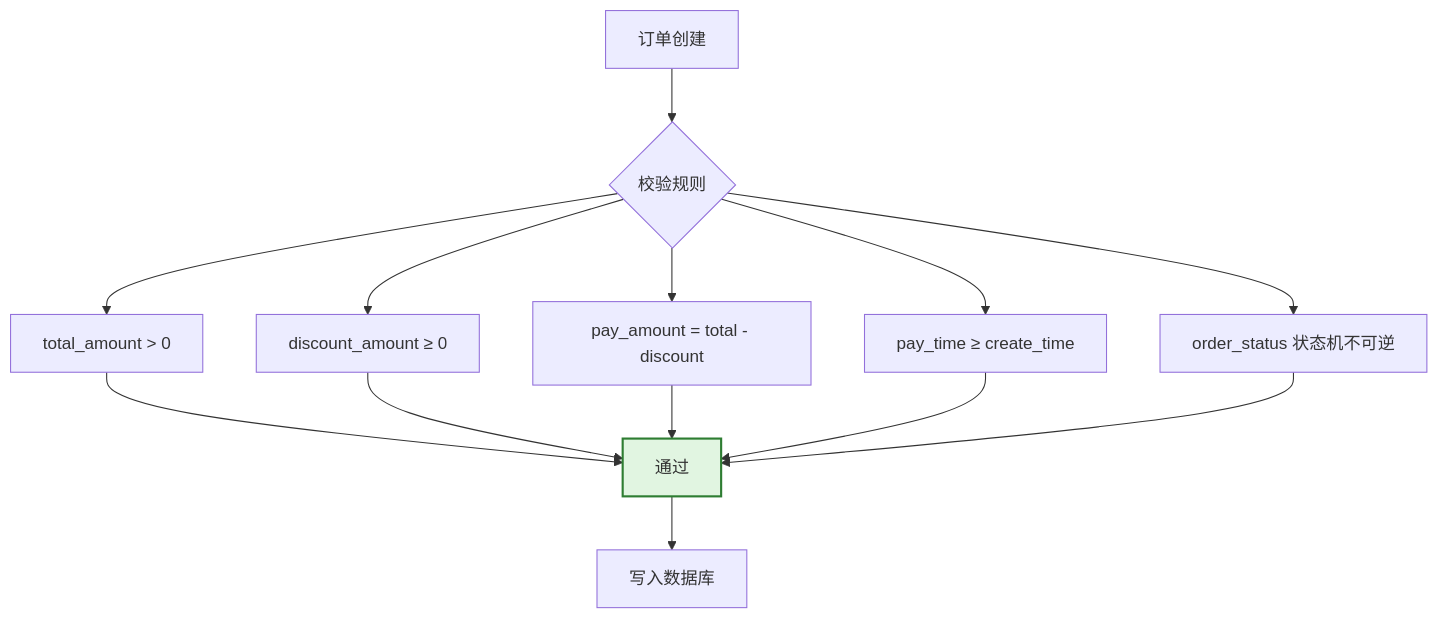
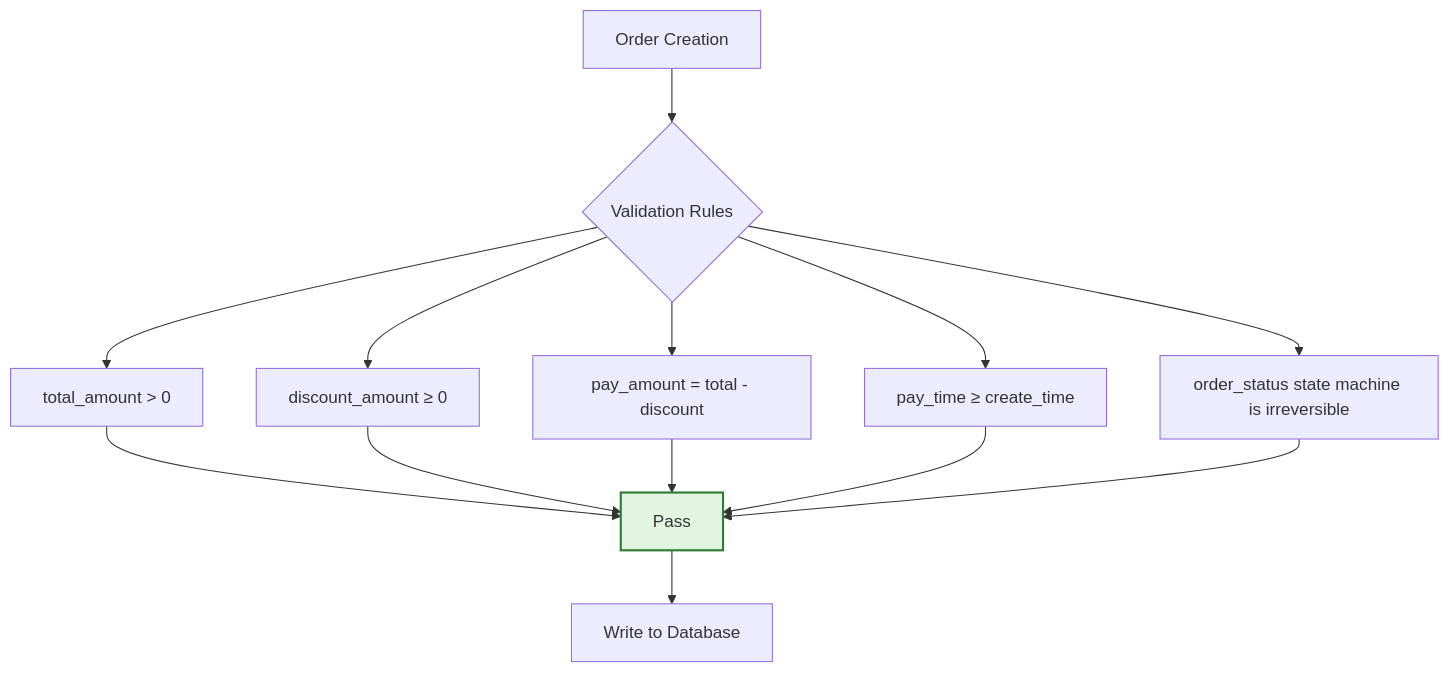
One commit to Kirky-X/cangjie changed the fifth of 11 diagrams in templates/产品/技术层/【模板】数据库设计文档规范.md. Above: the diagram before and after it, drawn with Mermaid. The commit also changed other lines of this file and 46 other files, not shown here.

````diff
--- a/templates/产品/技术层/【模板】数据库设计文档规范.md
+++ b/templates/产品/技术层/【模板】数据库设计文档规范.md
@@ -370,17 +370,17 @@
 ```mermaid
 flowchart TD
-    A[订单创建] --> B{校验规则}
+    A[Order Creation] --> B{Validation Rules}
     B --> C1[total_amount > 0]
     B --> C2[discount_amount ≥ 0]
     B --> C3[pay_amount = total - discount]
     B --> C4[pay_time ≥ create_time]
-    B --> C5[order_status 状态机不可逆]
-    C1 --> D[通过]
+    B --> C5[order_status state machine is irreversible]
+    C1 --> D[Pass]
     C2 --> D
     C3 --> D
     C4 --> D
     C5 --> D
-    D --> E[写入数据库]
+    D --> E[Write to Database]
 
     style D fill:#e1f5e1,stroke:#2e7d32,stroke-width:2px
 ```
````
